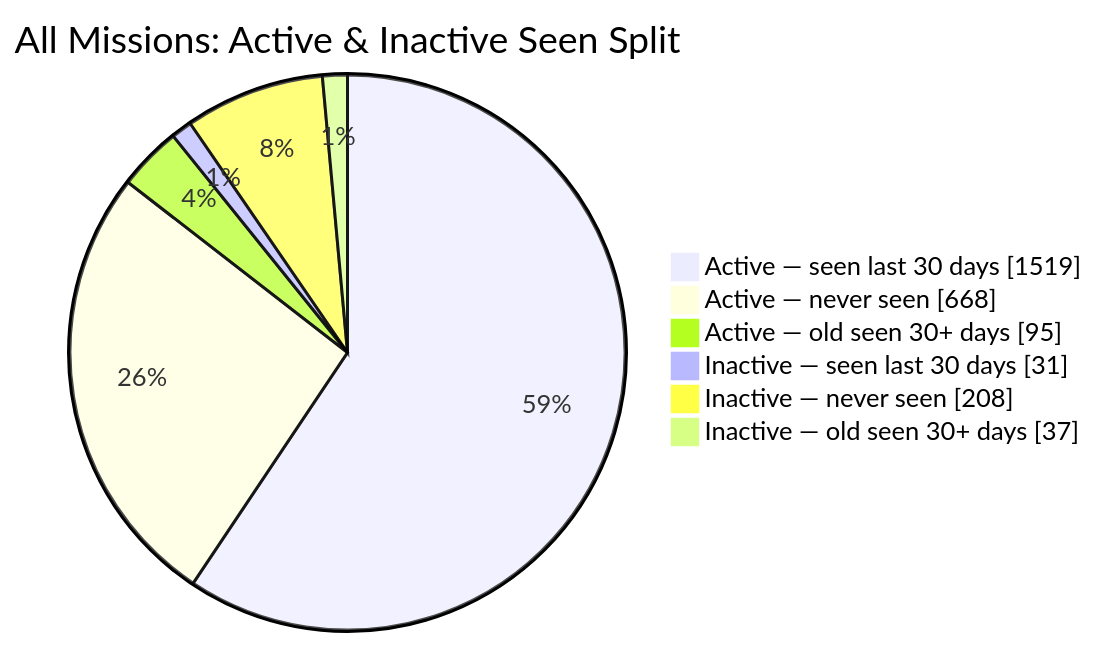
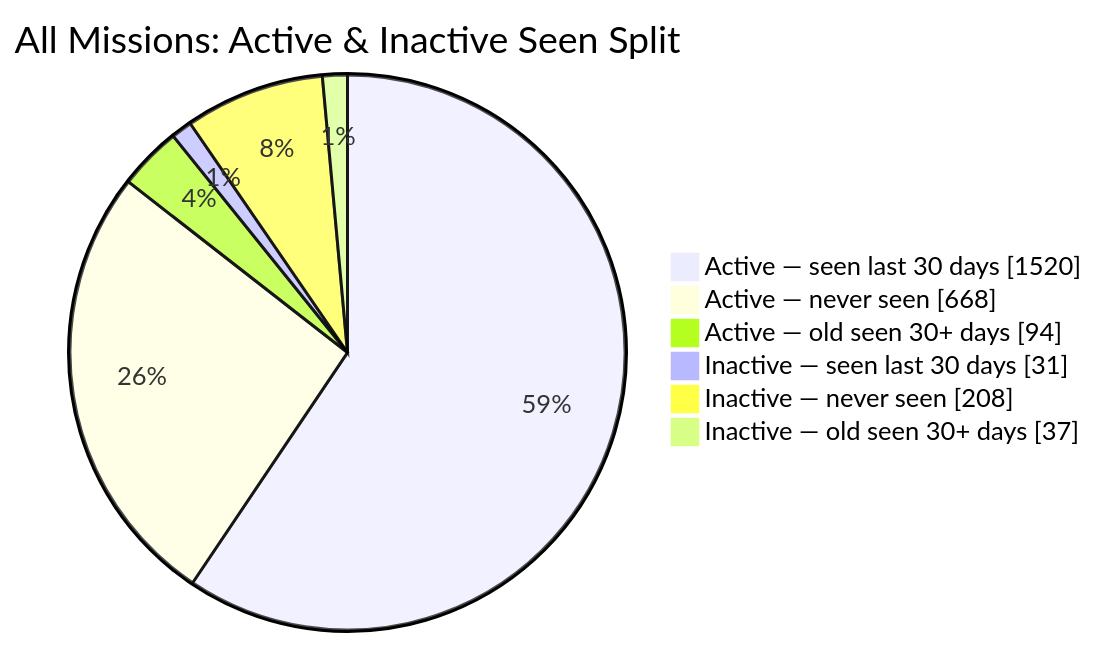
The second of 2 diagrams in README.md (MeldkamerspelGameTeam/active-missions), drawn with Mermaid before and after one commit. The commit also changed other lines of this file and 2 other files, not shown here.

````diff
--- a/README.md
+++ b/README.md
@@ -44,10 +44,10 @@
 ```mermaid
 pie showData
     title All Missions: Active & Inactive Seen Split
-    "Active — seen last 30 days" : 1519
+    "Active — seen last 30 days" : 1520
     "Active — never seen" : 668
-    "Active — old seen 30+ days" : 95
+    "Active — old seen 30+ days" : 94
     "Inactive — seen last 30 days" : 31
     "Inactive — never seen" : 208
     "Inactive — old seen 30+ days" : 37
 ```
````
